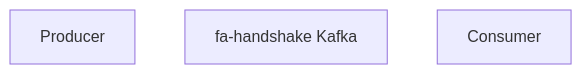
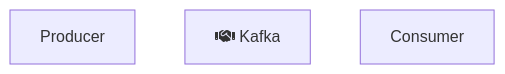
Before and after one commit to BurhanH/proxeneta: the diagram in README.md, drawn with Mermaid.

````diff
--- a/README.md
+++ b/README.md
@@ -4,6 +4,6 @@
 ```mermaid
 flowchart TD;
     Producer;
-    Kafka[fa-handshake Kafka];
+    Kafka[fa:fa-handshake Kafka];
     Consumer;
 ```
````
